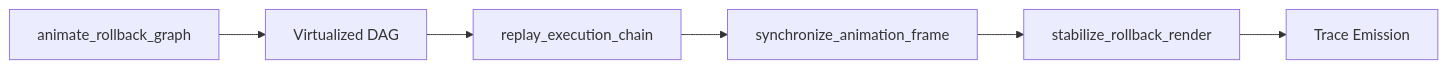
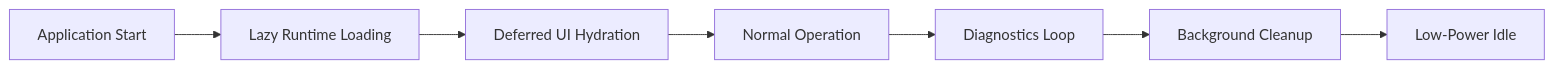
One commit to FrostXMello/odin-runtime changed the diagram in README.md. Above: the diagram before and after it, drawn with Mermaid. The commit also changed other lines of this file and 6 other files, not shown here.

````diff
--- a/README.md
+++ b/README.md
@@ -89,8 +53,9 @@
 ```mermaid
 flowchart LR
-    INIT[animate_rollback_graph] --> DAG[Virtualized DAG]
-    DAG --> REPLAY[replay_execution_chain]
-    REPLAY --> SYNC[synchronize_animation_frame]
-    SYNC --> STAB[stabilize_rollback_render]
-    STAB --> TRACE[Trace Emission]
+    START[Application Start] --> LAZY[Lazy Runtime Loading]
+    LAZY --> HYDRATE[Deferred UI Hydration]
+    HYDRATE --> RUN[Normal Operation]
+    RUN --> DIAG[Diagnostics Loop]
+    DIAG --> CLEAN[Background Cleanup]
+    CLEAN --> LOW[Low-Power Idle]
 ```
````
